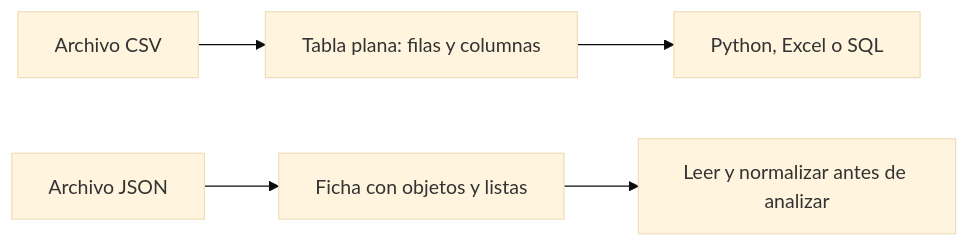
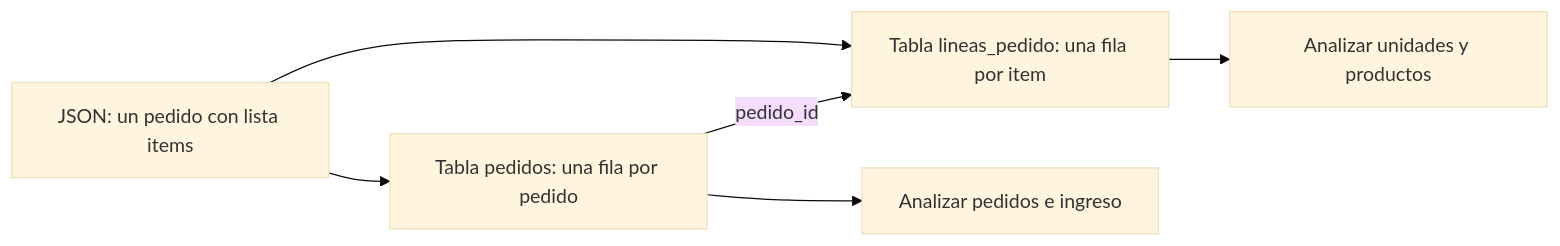
One commit to Ayhur/CursoAnalista changed the diagram in curso/01-fundamentos-datos/lecciones/03-formatos-y-almacenamiento.md. Above: the diagram before and after it, drawn with Mermaid (base theme). The commit also changed other lines of this file and 15 other files, not shown here.

````diff
--- a/curso/01-fundamentos-datos/lecciones/03-formatos-y-almacenamiento.md
+++ b/curso/01-fundamentos-datos/lecciones/03-formatos-y-almacenamiento.md
@@ -37,7 +39,8 @@
 ```mermaid
 flowchart LR
-    A[Archivo CSV] --> B[Tabla plana: filas y columnas]
-    C[Archivo JSON] --> D[Ficha con objetos y listas]
-    B --> E[Python, Excel o SQL]
-    D --> F[Leer y normalizar antes de analizar]
+    J[JSON: un pedido con lista items] --> P[Tabla pedidos: una fila por pedido]
+    J --> L[Tabla lineas_pedido: una fila por item]
+    P -->|pedido_id| L
+    L --> A[Analizar unidades y productos]
+    P --> I[Analizar pedidos e ingreso]
 ```
````
